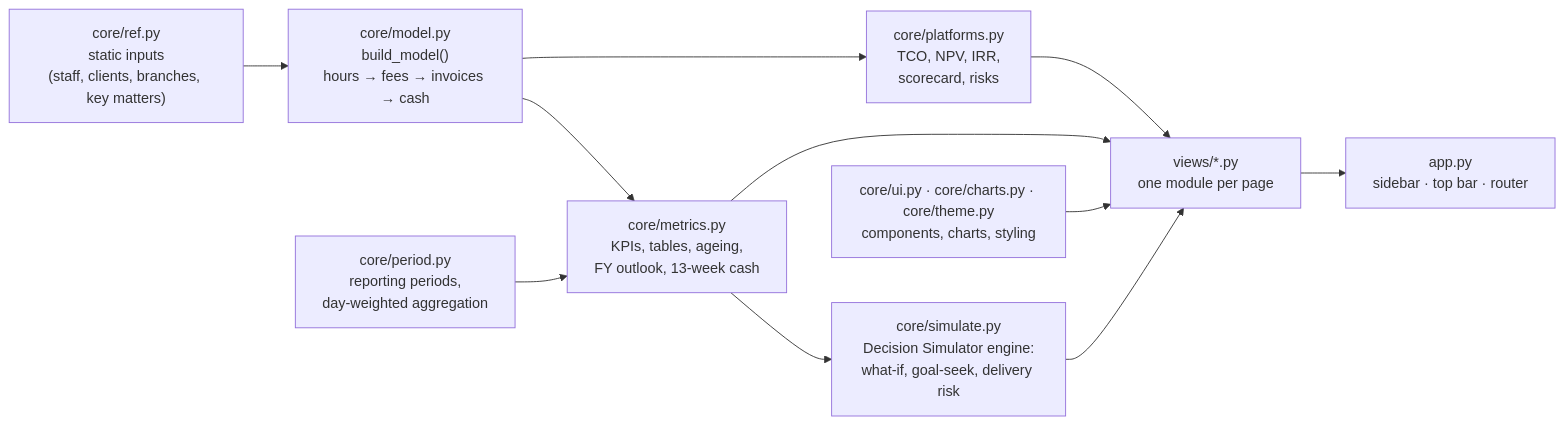
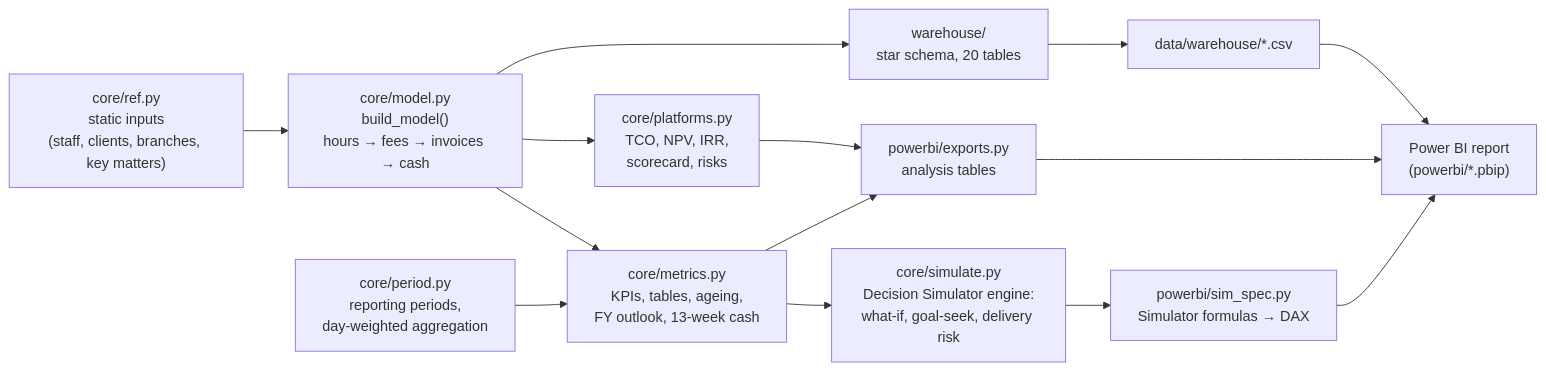
One commit to brianphu2310/Law_Firm_Operations_Intelliigence changed the diagram in docs/ARCHITECTURE.md. Above: the diagram before and after it, drawn with Mermaid. The commit also changed other lines of this file and 41 other files, not shown here.

First line of the commit message:
Make Power BI the only front end: remove the Streamlit app

````diff
--- a/docs/ARCHITECTURE.md
+++ b/docs/ARCHITECTURE.md
@@ -5,13 +5,16 @@
 ```mermaid
 flowchart LR
     ref["core/ref.py<br/>static inputs<br/>(staff, clients, branches, key matters)"] --> model["core/model.py<br/>build_model()<br/>hours → fees → invoices → cash"]
     model --> metrics["core/metrics.py<br/>KPIs, tables, ageing,<br/>FY outlook, 13-week cash"]
     period["core/period.py<br/>reporting periods,<br/>day-weighted aggregation"] --> metrics
     model --> platforms["core/platforms.py<br/>TCO, NPV, IRR,<br/>scorecard, risks"]
     metrics --> simulate["core/simulate.py<br/>Decision Simulator engine:<br/>what-if, goal-seek, delivery risk"]
-    metrics --> views["views/*.py<br/>one module per page"]
-    platforms --> views
-    simulate --> views
-    ui["core/ui.py · core/charts.py · core/theme.py<br/>components, charts, styling"] --> views
-    views --> app["app.py<br/>sidebar · top bar · router"]
+    model --> wh["warehouse/<br/>star schema, 20 tables"]
+    wh --> csv["data/warehouse/*.csv"]
+    metrics --> exp["powerbi/exports.py<br/>analysis tables"]
+    platforms --> exp
+    simulate --> spec["powerbi/sim_spec.py<br/>Simulator formulas → DAX"]
+    csv --> pbi["Power BI report<br/>(powerbi/*.pbip)"]
+    exp --> pbi
+    spec --> pbi
 ```
````
